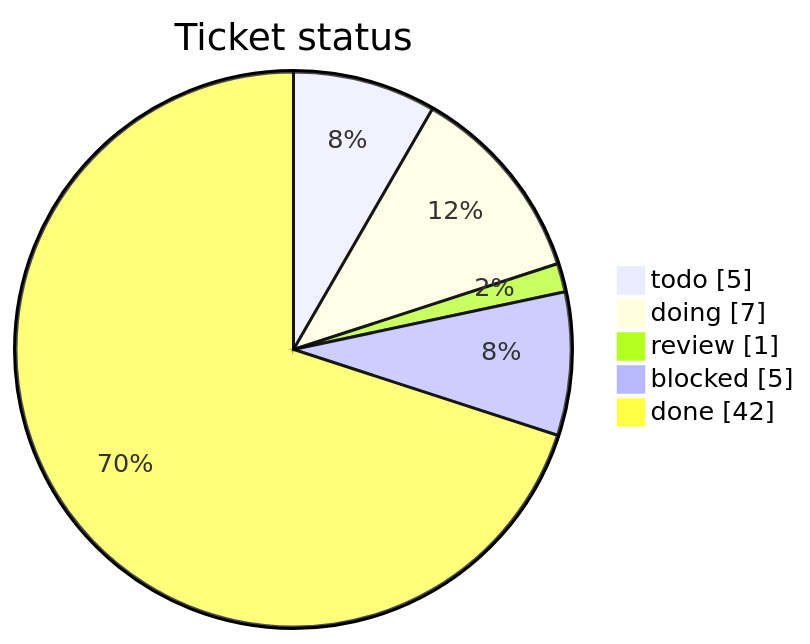
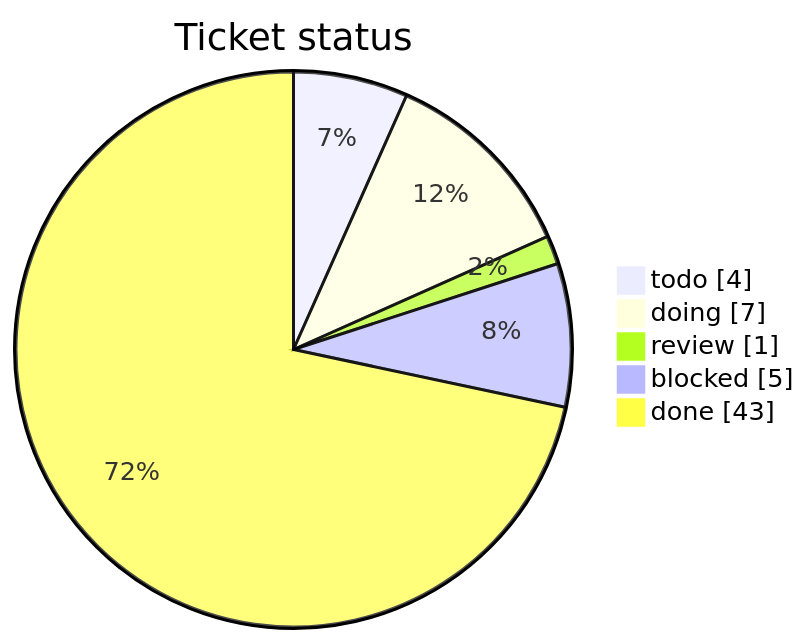
The first of 3 diagrams in tickets/TICKETS.md (mohamed-soubhi/bootlab-esp), drawn with Mermaid before and after one commit. The commit also changed other lines of this file and 3 other files, not shown here.

````diff
--- a/tickets/TICKETS.md
+++ b/tickets/TICKETS.md
@@ -15,8 +15,8 @@
 ```mermaid
 pie showData title Ticket status
-    "todo" : 5
+    "todo" : 4
     "doing" : 7
     "review" : 1
     "blocked" : 5
-    "done" : 42
+    "done" : 43
 ```
````
